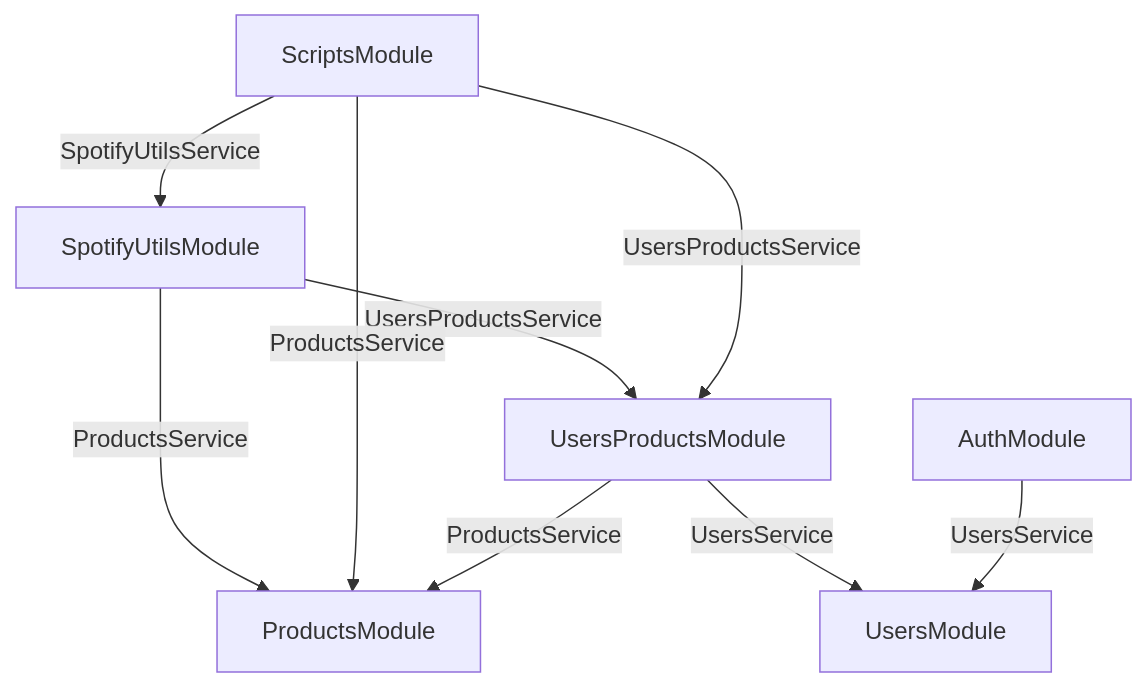
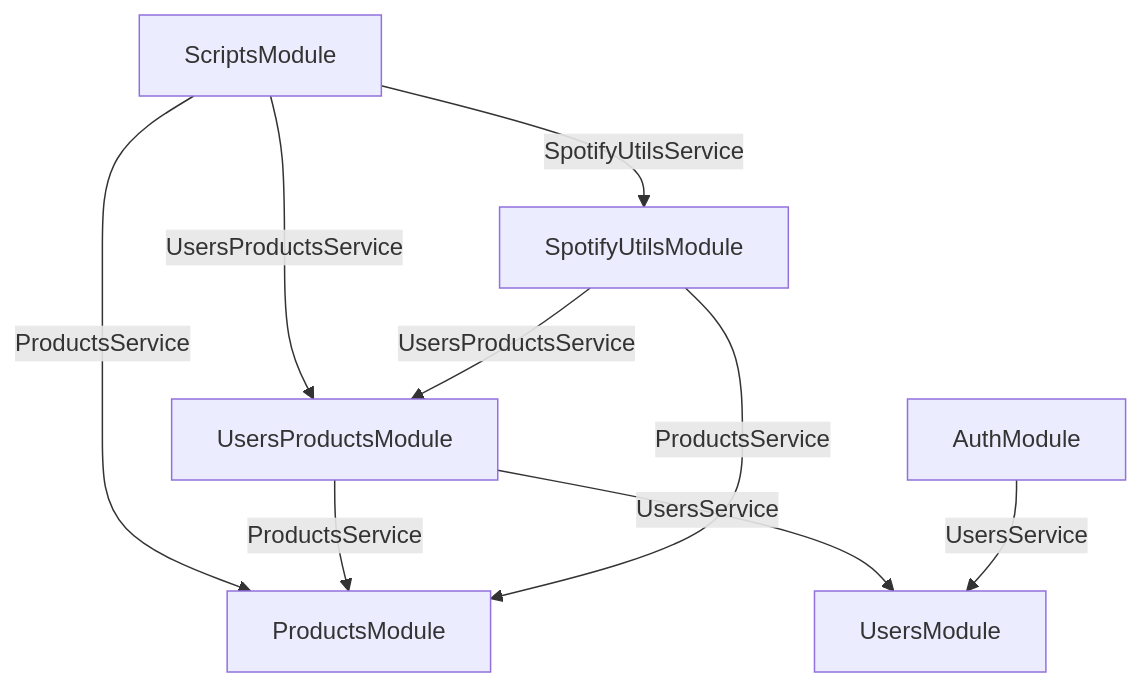
One commit to felixmielcarek/fomos changed the diagram in README.md. Above: the diagram before and after it, drawn with Mermaid. The commit also changed other lines of this file, not shown here.

Commit message:
docs: Fix dependency arrows in README.md diagram

````diff
--- a/README.md
+++ b/README.md
@@ -7,21 +7,21 @@
 ```mermaid
 flowchart TD
-    E -->|ProductsService| B
-    E -->|UsersProductsService| G
-
     D -->|ProductsService| B
     D -->|SpotifyUtilsService| E
     D -->|UsersProductsService| G
 
     G -->|ProductsService| B
     G -->|UsersService| F
+
+    E -->|ProductsService| B
+    E -->|UsersProductsService| G
 
     A -->|UsersService| F
 
     A[AuthModule]
     B[ProductsModule]
     D[ScriptsModule]
     E[SpotifyUtilsModule]
     F[UsersModule]
     G[UsersProductsModule]
 ```
````
